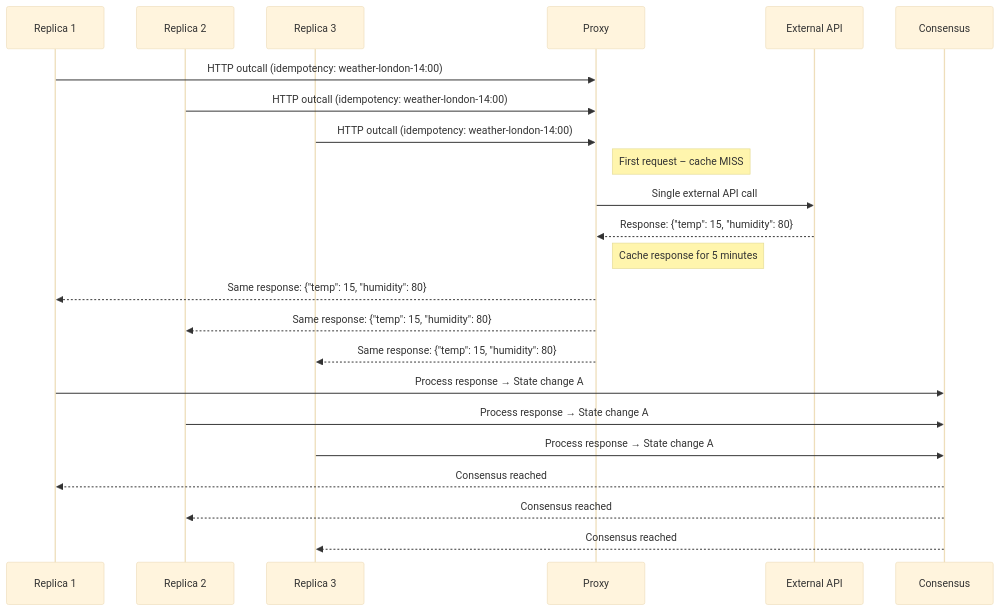
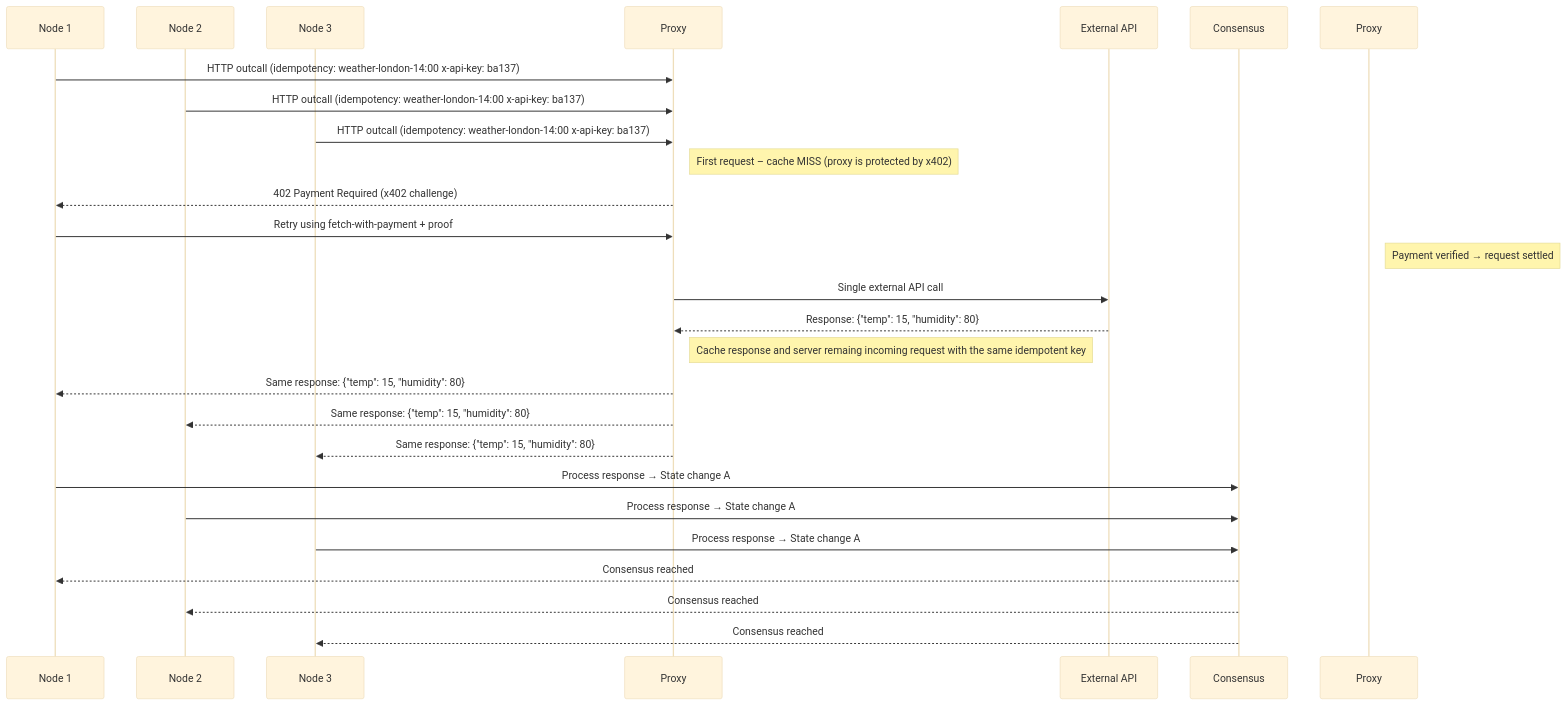
The diagram in README.md (Demali-876/consensus), drawn with Mermaid (base theme) before and after one commit.

Commit message:
Diagram Update

````diff
--- a/README.md
+++ b/README.md
@@ -68,36 +67,38 @@
 ```mermaid
 sequenceDiagram
-    participant R1 as Replica 1
-    participant R2 as Replica 2
-    participant R3 as Replica 3
+    participant R1 as Node 1
+    participant R2 as Node 2
+    participant R3 as Node 3
     participant P as Proxy
     participant API as External API
     participant C as Consensus
 
-   
+    R1->>P: HTTP outcall (idempotency: weather-london-14:00 x-api-key: ba137)
+    R2->>P: HTTP outcall (idempotency: weather-london-14:00 x-api-key: ba137)
+    R3->>P: HTTP outcall (idempotency: weather-london-14:00 x-api-key: ba137)
 
-    R1->>P: HTTP outcall (idempotency: weather-london-14:00)
-    R2->>P: HTTP outcall (idempotency: weather-london-14:00)
-    R3->>P: HTTP outcall (idempotency: weather-london-14:00)
+    Note right of P: First request – cache MISS (proxy is protected by x402)
 
-    Note right of P: First request – cache MISS
+    P-->>R1: 402 Payment Required (x402 challenge)
+    R1->>P: Retry using fetch-with-payment + proof
+
+    Note right of Proxy: Payment verified → request settled
 
     P->>API: Single external API call
     API-->>P: Response: {"temp": 15, "humidity": 80}
 
-    Note right of P: Cache response for 5 minutes
+    Note right of P: Cache response and server remaing incoming request with the same idempotent key
 
     P-->>R1: Same response: {"temp": 15, "humidity": 80}
     P-->>R2: Same response: {"temp": 15, "humidity": 80}
     P-->>R3: Same response: {"temp": 15, "humidity": 80}
 
-   
 
     R1->>C: Process response → State change A
     R2->>C: Process response → State change A
     R3->>C: Process response → State change A
 
     C-->>R1: Consensus reached
     C-->>R2: Consensus reached
     C-->>R3: Consensus reached
 ```
````
